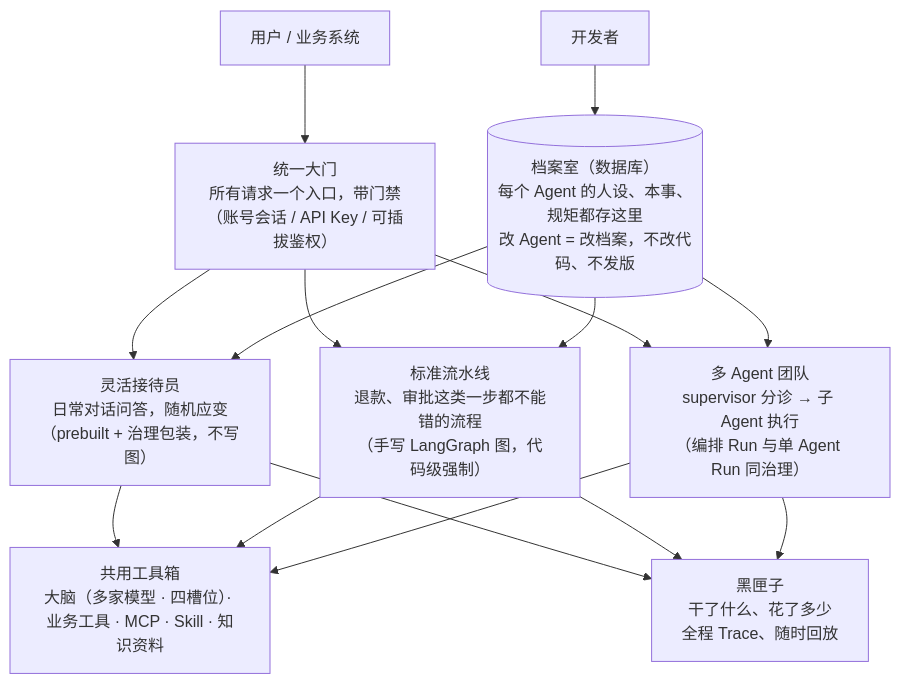
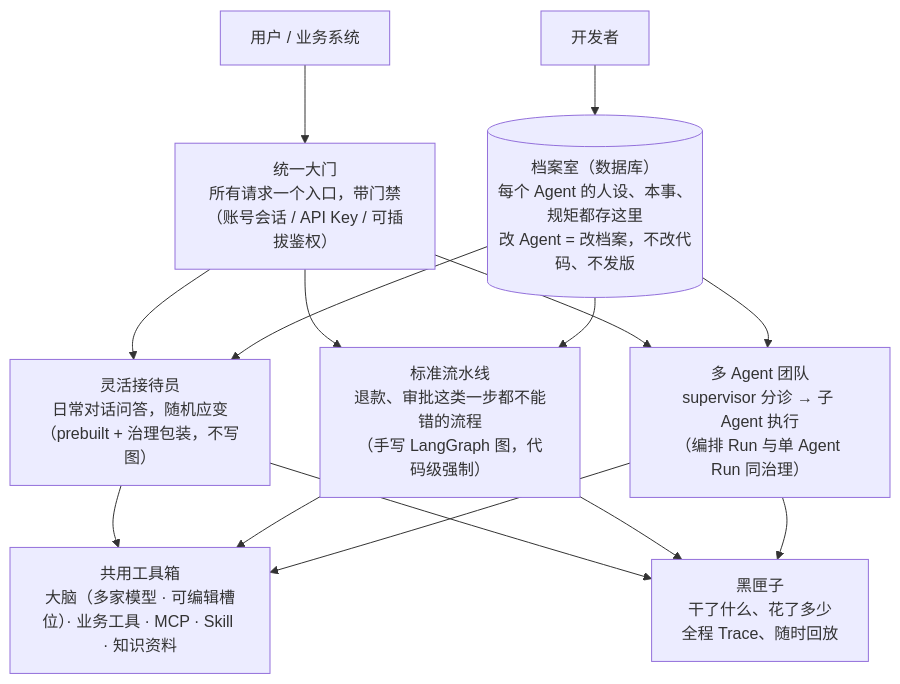
The first of 3 diagrams in website/manual/architecture.md (lozsh/LuBan), drawn with Mermaid before and after one commit. The commit also changed 71 other files, not shown here.

````diff
--- a/website/manual/architecture.md
+++ b/website/manual/architecture.md
@@ -7,17 +7,17 @@
 ```mermaid
 flowchart TB
     U["用户 / 业务系统"] --> IN["统一大门<br/>所有请求一个入口，带门禁（账号会话 / API Key / 可插拔鉴权）"]
     DEV["开发者"] --> DB[("档案室（数据库）<br/>每个 Agent 的人设、本事、规矩都存这里<br/>改 Agent = 改档案，不改代码、不发版")]
     IN --> A["灵活接待员<br/>日常对话问答，随机应变<br/>（prebuilt + 治理包装，不写图）"]
     IN --> B["标准流水线<br/>退款、审批这类一步都不能错的流程<br/>（手写 LangGraph 图，代码级强制）"]
     IN --> T["多 Agent 团队<br/>supervisor 分诊 → 子 Agent 执行<br/>（编排 Run 与单 Agent Run 同治理）"]
     DB --> A
     DB --> B
     DB --> T
-    A --> BOX["共用工具箱<br/>大脑（多家模型 · 四槽位）· 业务工具 · MCP · Skill · 知识资料"]
+    A --> BOX["共用工具箱<br/>大脑（多家模型 · 可编辑槽位）· 业务工具 · MCP · Skill · 知识资料"]
     B --> BOX
     T --> BOX
     A --> LOG["黑匣子<br/>干了什么、花了多少<br/>全程 Trace、随时回放"]
     B --> LOG
     T --> LOG
 ```
````
